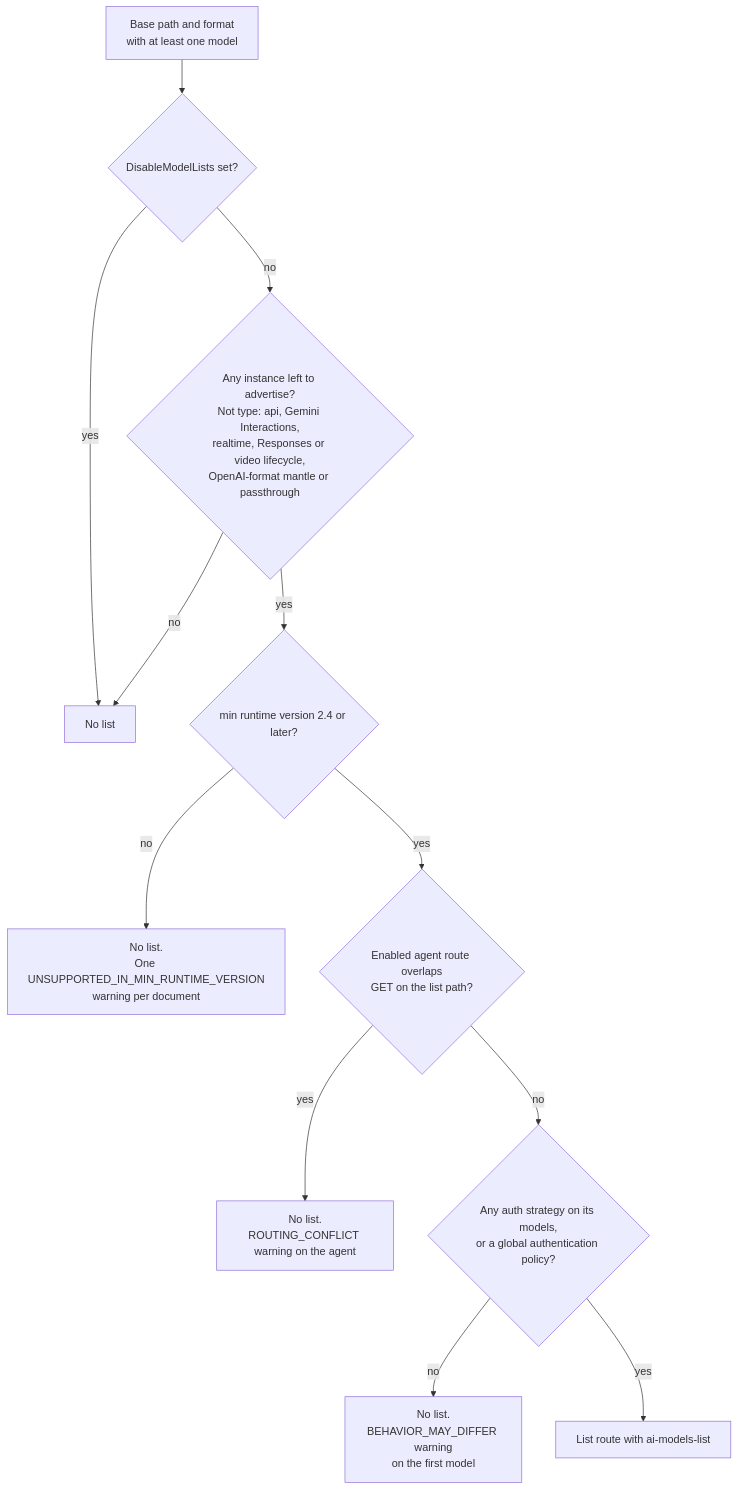
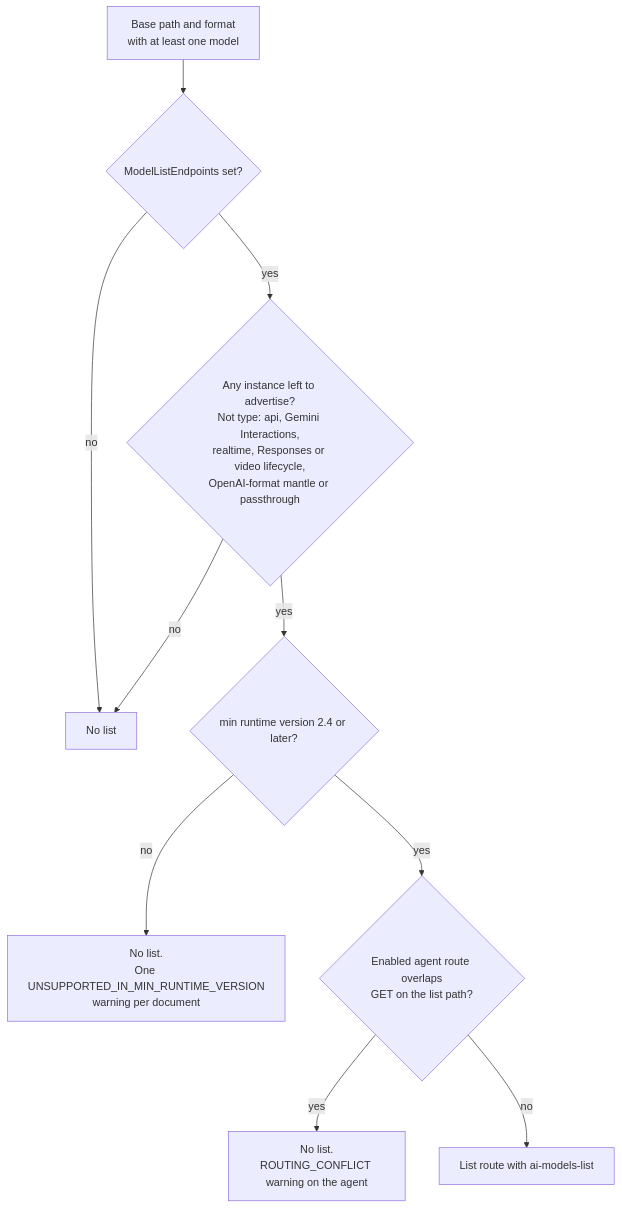
Before and after one commit to Kong/ai-deck-converter: the third of 3 diagrams in docs/decisions/00231-model-list-routes.md, drawn with Mermaid. The commit also changed other lines of this file, not shown here.

````diff
--- a/docs/decisions/00231-model-list-routes.md
+++ b/docs/decisions/00231-model-list-routes.md
@@ -344,14 +376,12 @@
 ```mermaid
 flowchart TD
-    A["Base path and format<br/>with at least one model"] --> B{"DisableModelLists set?"}
-    B -- yes --> N1["No list"]
-    B -- no --> E{"Any instance left to advertise?<br/>Not type: api, Gemini Interactions,<br/>realtime, Responses or video lifecycle,<br/>OpenAI-format mantle or passthrough"}
+    A["Base path and format<br/>with at least one model"] --> B{"ModelListEndpoints set?"}
+    B -- no --> N1["No list"]
+    B -- yes --> E{"Any instance left to advertise?<br/>Not type: api, Gemini Interactions,<br/>realtime, Responses or video lifecycle,<br/>OpenAI-format mantle or passthrough"}
     E -- no --> N1
     E -- yes --> C{"min runtime version 2.4 or later?"}
     C -- no --> N2["No list.<br/>One UNSUPPORTED_IN_MIN_RUNTIME_VERSION<br/>warning per document"]
     C -- yes --> D{"Enabled agent route overlaps<br/>GET on the list path?"}
     D -- yes --> N3["No list.<br/>ROUTING_CONFLICT warning on the agent"]
-    D -- no --> F{"Any auth strategy on its models,<br/>or a global authentication policy?"}
-    F -- no --> N4["No list.<br/>BEHAVIOR_MAY_DIFFER warning<br/>on the first model"]
-    F -- yes --> Y["List route with ai-models-list"]
+    D -- no --> Y["List route with ai-models-list"]
 ```
````
